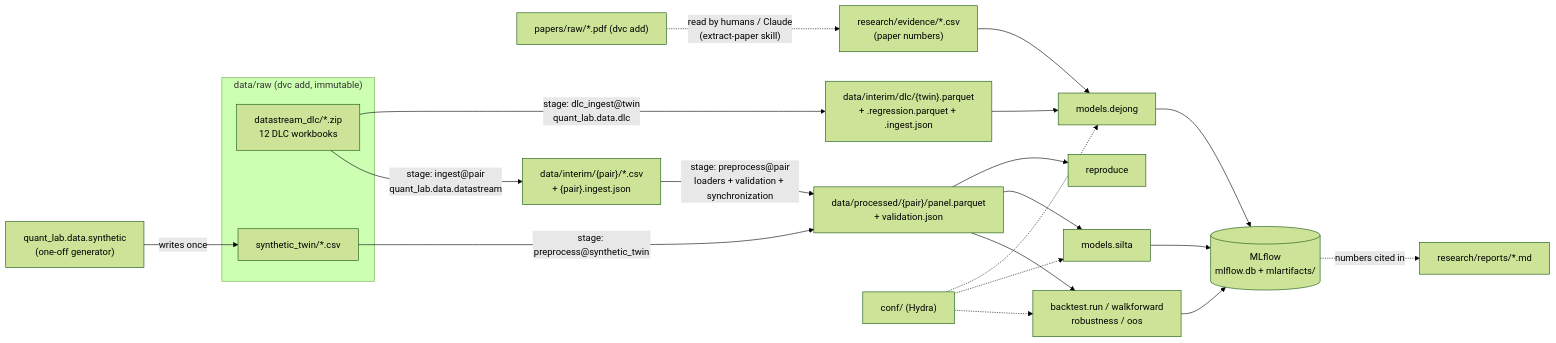
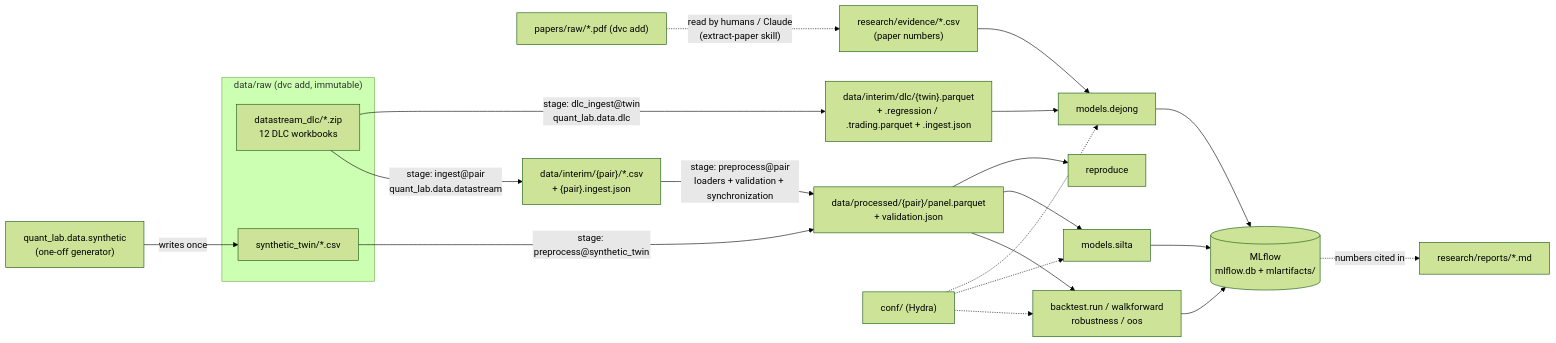
One commit to tsNoordam/quant-lab changed the first of 4 diagrams in docs/ARCHITECTURE.md. Above: the diagram before and after it, drawn with Mermaid (forest theme). The commit also changed other lines of this file and 27 other files, not shown here.

````diff
--- a/docs/ARCHITECTURE.md
+++ b/docs/ARCHITECTURE.md
@@ -88,31 +88,31 @@
 ```mermaid
 flowchart LR
     subgraph RAW["data/raw (dvc add, immutable)"]
         ZIP["datastream_dlc/*.zip<br/>12 DLC workbooks"]
         SYN["synthetic_twin/*.csv"]
     end
     PDF["papers/raw/*.pdf (dvc add)"]
 
     GEN["quant_lab.data.synthetic<br/>(one-off generator)"] -->|writes once| SYN
 
     ZIP -->|"stage: ingest@pair<br/>quant_lab.data.datastream"| INT["data/interim/{pair}/*.csv<br/>+ {pair}.ingest.json"]
-    ZIP -->|"stage: dlc_ingest@twin<br/>quant_lab.data.dlc"| DLC["data/interim/dlc/{twin}.parquet<br/>+ .regression.parquet + .ingest.json"]
+    ZIP -->|"stage: dlc_ingest@twin<br/>quant_lab.data.dlc"| DLC["data/interim/dlc/{twin}.parquet<br/>+ .regression / .trading.parquet + .ingest.json"]
     INT -->|"stage: preprocess@pair<br/>loaders + validation + synchronization"| PANEL["data/processed/{pair}/panel.parquet<br/>+ validation.json"]
     SYN -->|"stage: preprocess@synthetic_twin"| PANEL
 
     PANEL --> RUN["backtest.run / walkforward<br/>robustness / oos"]
     PANEL --> SILTA["models.silta"]
     PANEL --> REPRO["reproduce"]
     DLC --> DEJONG["models.dejong"]
     EVID["research/evidence/*.csv<br/>(paper numbers)"] --> DEJONG
     PDF -.->|"read by humans / Claude<br/>(extract-paper skill)"| EVID
 
     CONF["conf/ (Hydra)"] -.-> RUN
     CONF -.-> SILTA
     CONF -.-> DEJONG
 
     RUN --> MLF[("MLflow<br/>mlflow.db + mlartifacts/")]
     SILTA --> MLF
     DEJONG --> MLF
     MLF -.->|"numbers cited in"| REP["research/reports/*.md"]
 ```
````
